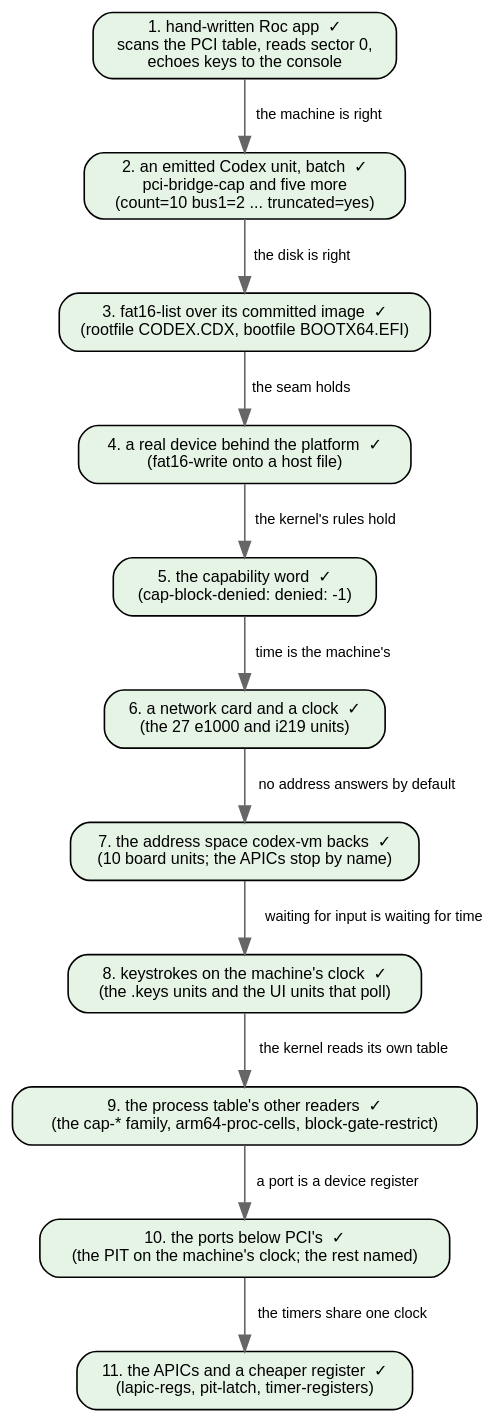
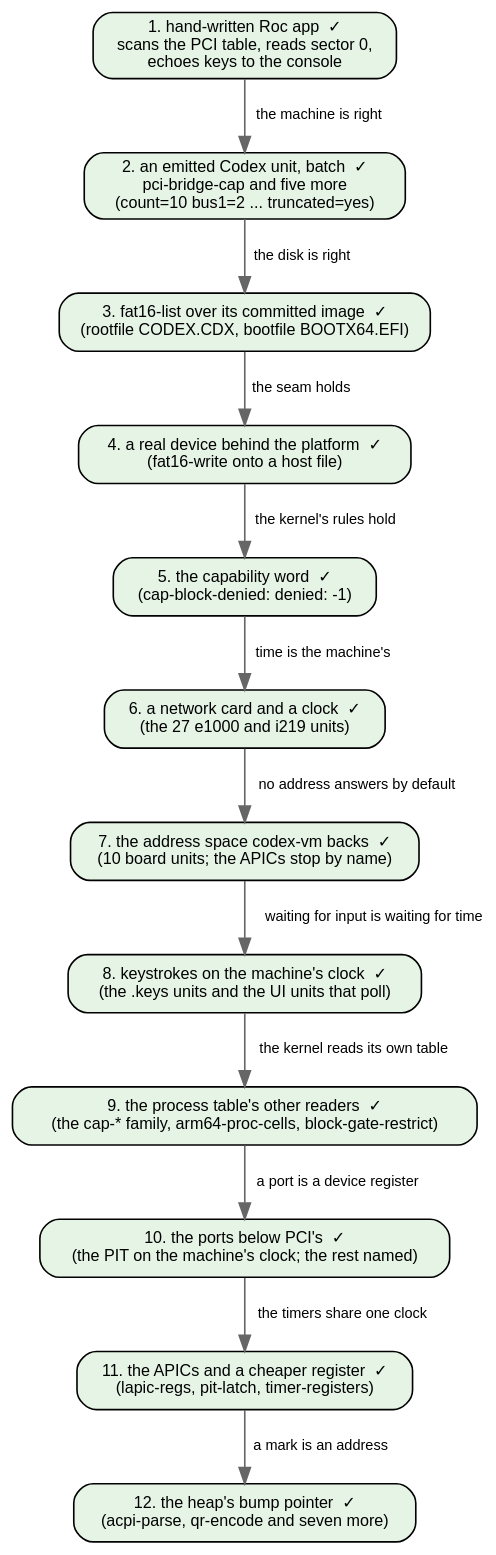
Before and after one commit to showell/essay-repl-server: diagram 11 of 11 in notes/roc-machine-emulator.md, drawn with Graphviz. The commit also changed other lines of this file, not shown here.

First line of the commit message:
roc-machine-emulator: step 12, the heap's bump pointer

````diff
--- a/notes/roc-machine-emulator.md
+++ b/notes/roc-machine-emulator.md
@@ -823,29 +852,31 @@
 ```dot
 digraph demo {
   rankdir=TB; bgcolor="transparent";
   node [shape=box style="rounded,filled" fontname="Helvetica" fontsize=10 fillcolor="#ffffff"];
   edge [fontname="Helvetica" fontsize=9 color="#666666"];
 
   a [label="1. hand-written Roc app  ✓\nscans the PCI table, reads sector 0,\nechoes keys to the console" fillcolor="#e6f4e6"];
   b [label="2. an emitted Codex unit, batch  ✓\npci-bridge-cap and five more\n(count=10 bus1=2 ... truncated=yes)" fillcolor="#e6f4e6"];
   c [label="3. fat16-list over its committed image  ✓\n(rootfile CODEX.CDX, bootfile BOOTX64.EFI)" fillcolor="#e6f4e6"];
   d [label="4. a real device behind the platform  ✓\n(fat16-write onto a host file)" fillcolor="#e6f4e6"];
   e [label="5. the capability word  ✓\n(cap-block-denied: denied: -1)" fillcolor="#e6f4e6"];
   f [label="6. a network card and a clock  ✓\n(the 27 e1000 and i219 units)" fillcolor="#e6f4e6"];
   g [label="7. the address space codex-vm backs  ✓\n(10 board units; the APICs stop by name)" fillcolor="#e6f4e6"];
   h [label="8. keystrokes on the machine's clock  ✓\n(the .keys units and the UI units that poll)" fillcolor="#e6f4e6"];
   i [label="9. the process table's other readers  ✓\n(the cap-* family, arm64-proc-cells, block-gate-restrict)" fillcolor="#e6f4e6"];
   j [label="10. the ports below PCI's  ✓\n(the PIT on the machine's clock; the rest named)" fillcolor="#e6f4e6"];
   k [label="11. the APICs and a cheaper register  ✓\n(lapic-regs, pit-latch, timer-registers)" fillcolor="#e6f4e6"];
+  l [label="12. the heap's bump pointer  ✓\n(acpi-parse, qr-encode and seven more)" fillcolor="#e6f4e6"];
   a -> b [label="the machine is right"];
   b -> c [label="the disk is right"];
   c -> d [label="the seam holds"];
   d -> e [label="the kernel's rules hold"];
   e -> f [label="time is the machine's"];
   f -> g [label="no address answers by default"];
   g -> h [label="waiting for input is waiting for time"];
   h -> i [label="the kernel reads its own table"];
   i -> j [label="a port is a device register"];
   j -> k [label="the timers share one clock"];
+  k -> l [label="a mark is an address"];
 }
 ```
````
